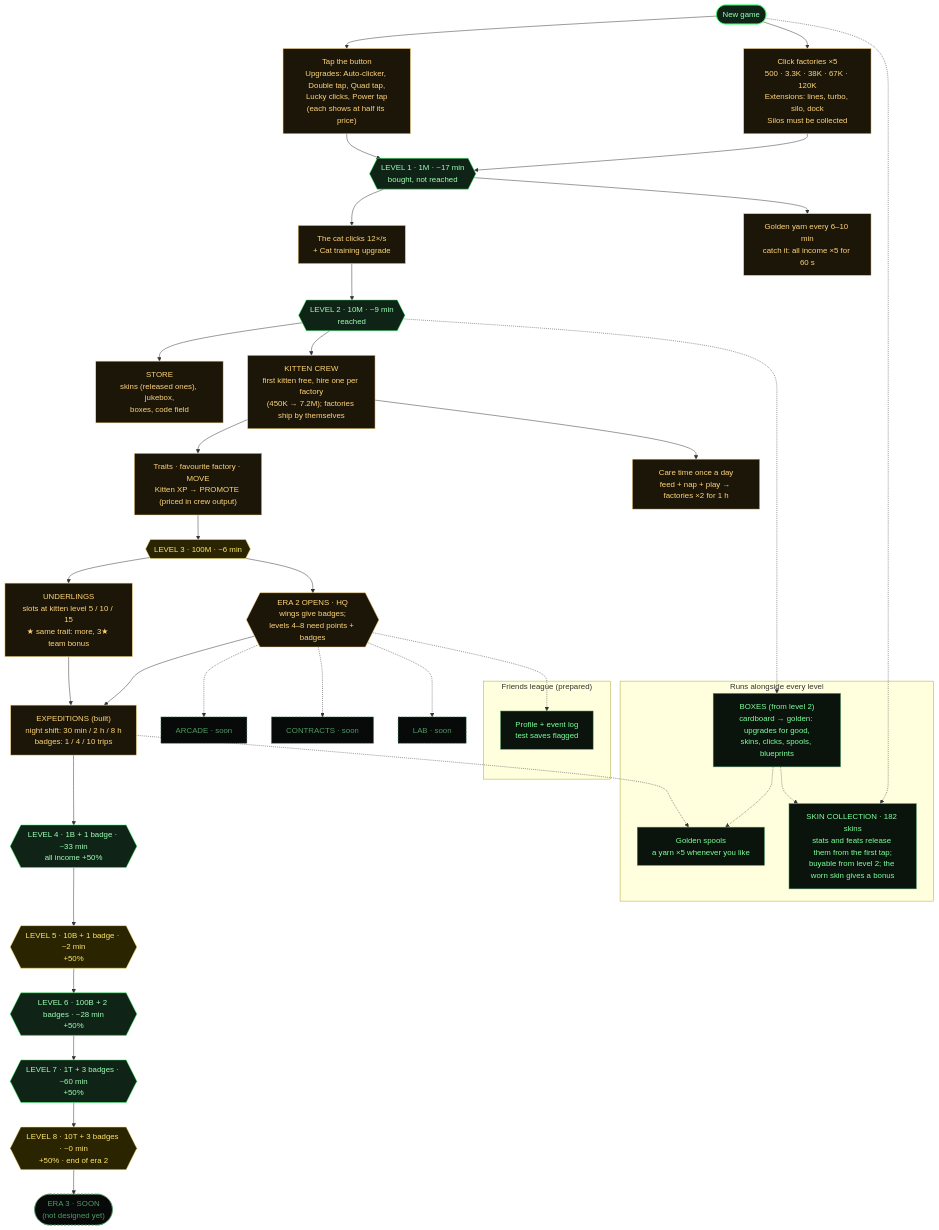
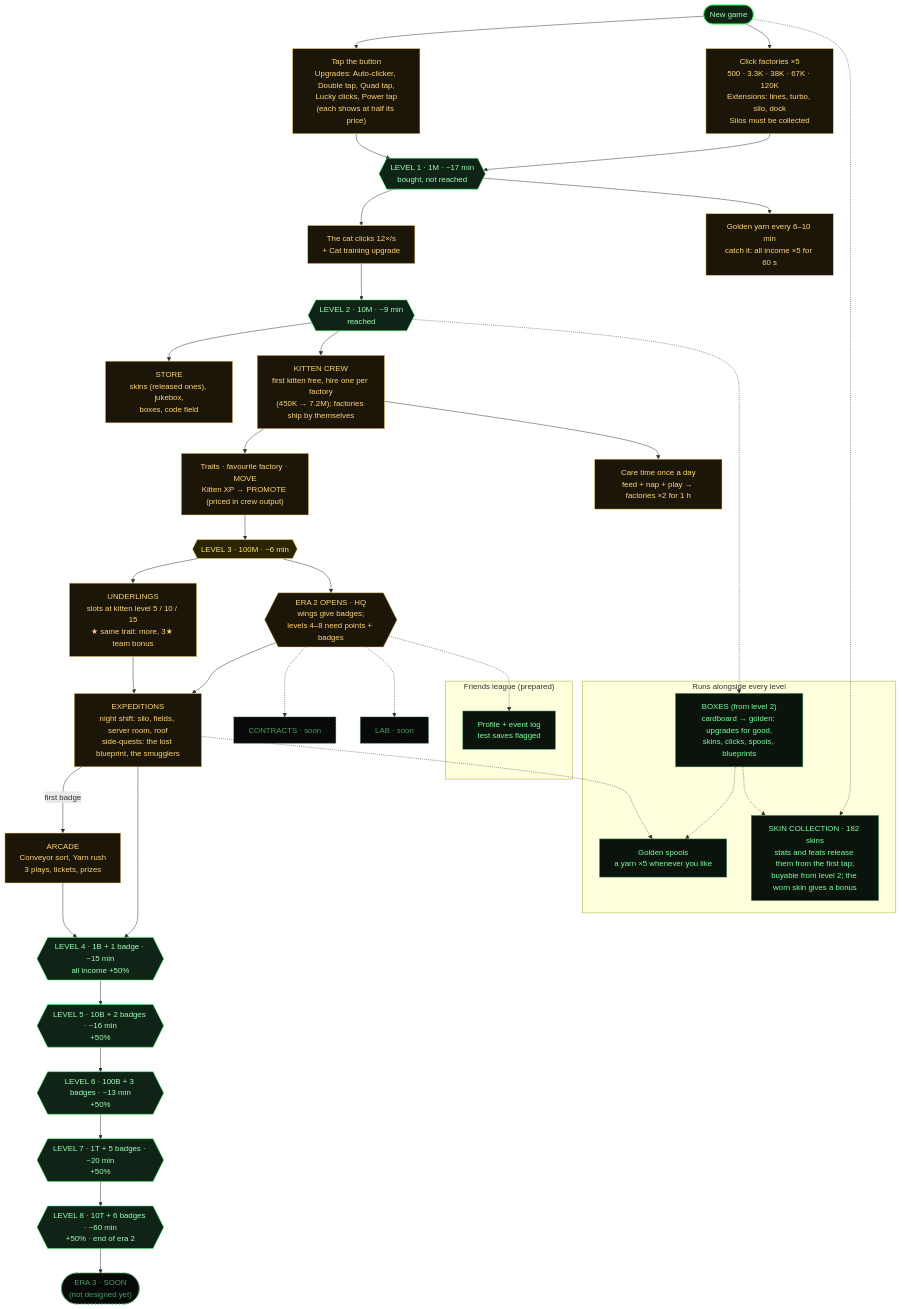
The diagram in docs/game-map.md (torie/clicker), drawn with Mermaid before and after one commit. The commit also changed other lines of this file and 9 other files, not shown here.

First line of the commit message:
Add expedition side-quests, the roof, and the Arcade wing

````diff
--- a/docs/game-map.md
+++ b/docs/game-map.md
@@ -13,59 +13,60 @@
 ```mermaid
 flowchart TD
   classDef level fill:#0F2416,stroke:#39FF6A,color:#9CFFB5
   classDef opens fill:#1C1608,stroke:#FFD479,color:#FFD479
   classDef always fill:#0A140D,stroke:#4E9A63,color:#7CFF9B
   classDef future fill:#070A08,stroke:#4E9A63,color:#4E9A63,stroke-dasharray:4 3
   classDef weak fill:#2A2400,stroke:#FFE66B,color:#FFE66B
 
   START([New game]):::level
   START --> TAP["Tap the button<br/>Upgrades: Auto-clicker, Double tap, Quad tap,<br/>Lucky clicks, Power tap<br/>(each shows at half its price)"]:::opens
   START --> FAC["Click factories ×5<br/>500 · 3.3K · 38K · 67K · 120K<br/>Extensions: lines, turbo, silo, dock<br/>Silos must be collected"]:::opens
 
   TAP --> L1
   FAC --> L1
   L1{{"LEVEL 1 · 1M · ~17 min<br/>bought, not reached"}}:::level
   L1 --> CAT["The cat clicks 12×/s<br/>+ Cat training upgrade"]:::opens
   L1 --> YARN["Golden yarn every 6–10 min<br/>catch it: all income ×5 for 60 s"]:::opens
 
   CAT --> L2
   L2{{"LEVEL 2 · 10M · ~9 min<br/>reached"}}:::level
   L2 --> STORE["STORE<br/>skins (released ones), jukebox,<br/>boxes, code field"]:::opens
   L2 --> CREW["KITTEN CREW<br/>first kitten free, hire one per factory<br/>(450K → 7.2M); factories ship by themselves"]:::opens
   CREW --> CREWX["Traits · favourite factory · MOVE<br/>Kitten XP → PROMOTE (priced in crew output)"]:::opens
   CREW --> CARE["Care time once a day<br/>feed + nap + play → factories ×2 for 1 h"]:::opens
 
   CREWX --> L3
   L3{{"LEVEL 3 · 100M · ~6 min"}}:::weak
   L3 --> SUBS["UNDERLINGS<br/>slots at kitten level 5 / 10 / 15<br/>★ same trait: more, 3★ team bonus"]:::opens
   L3 --> HQ{{"ERA 2 OPENS · HQ<br/>wings give badges;<br/>levels 4–8 need points + badges"}}:::opens
-  HQ --> NIGHT["EXPEDITIONS (built)<br/>night shift: 30 min / 2 h / 8 h<br/>badges: 1 / 4 / 10 trips"]:::opens
+  HQ --> NIGHT["EXPEDITIONS<br/>night shift: silo, fields, server room, roof<br/>side-quests: the lost blueprint, the smugglers"]:::opens
   SUBS --> NIGHT
-  HQ -.-> ARC["ARCADE · soon"]:::future
+  NIGHT -- "first badge" --> ARC["ARCADE<br/>Conveyor sort, Yarn rush<br/>3 plays, tickets, prizes"]:::opens
   HQ -.-> CON["CONTRACTS · soon"]:::future
   HQ -.-> LABW["LAB · soon"]:::future
 
   NIGHT --> L4
-  L4{{"LEVEL 4 · 1B + 1 badge · ~33 min<br/>all income +50%"}}:::level
-  L4 --> L5{{"LEVEL 5 · 10B + 1 badge · ~2 min<br/>+50%"}}:::weak
-  L5 --> L6{{"LEVEL 6 · 100B + 2 badges · ~28 min<br/>+50%"}}:::level
-  L6 --> L7{{"LEVEL 7 · 1T + 3 badges · ~60 min<br/>+50%"}}:::level
-  L7 --> L8{{"LEVEL 8 · 10T + 3 badges · ~0 min<br/>+50% · end of era 2"}}:::weak
+  ARC --> L4
+  L4{{"LEVEL 4 · 1B + 1 badge · ~15 min<br/>all income +50%"}}:::level
+  L4 --> L5{{"LEVEL 5 · 10B + 2 badges · ~16 min<br/>+50%"}}:::level
+  L5 --> L6{{"LEVEL 6 · 100B + 3 badges · ~13 min<br/>+50%"}}:::level
+  L6 --> L7{{"LEVEL 7 · 1T + 5 badges · ~20 min<br/>+50%"}}:::level
+  L7 --> L8{{"LEVEL 8 · 10T + 6 badges · ~60 min<br/>+50% · end of era 2"}}:::level
   L8 --> ERA3(["ERA 3 · SOON<br/>(not designed yet)"]):::future
 
   subgraph ALONG ["Runs alongside every level"]
     SKINS["SKIN COLLECTION · 182 skins<br/>stats and feats release them from the first tap;<br/>buyable from level 2; the worn skin gives a bonus"]:::always
     BOXES["BOXES (from level 2)<br/>cardboard → golden: upgrades for good,<br/>skins, clicks, spools, blueprints"]:::always
     SPOOL["Golden spools<br/>a yarn ×5 whenever you like"]:::always
   end
   L2 -.-> BOXES
   START -.-> SKINS
   NIGHT -.-> SPOOL
   BOXES -.-> SPOOL
   BOXES -.-> SKINS
 
   subgraph MP ["Friends league (prepared)"]
     EV["Profile + event log<br/>test saves flagged"]:::always
   end
   HQ -.-> EV
 ```
````
